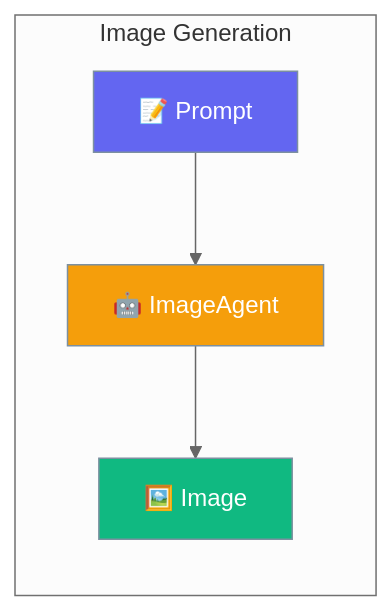
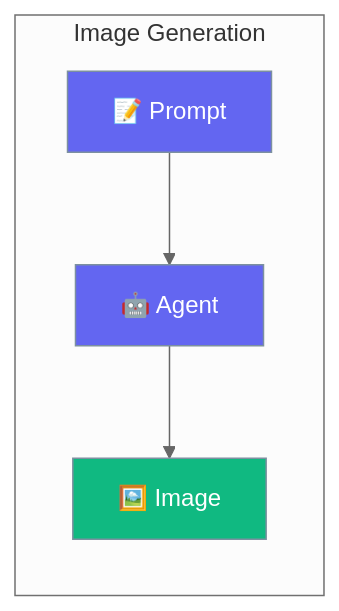
Before and after one commit to MervinPraison/PraisonAIDocs: the diagram in docs/rust/image.mdx, drawn with Mermaid (neutral theme). The commit also changed other lines of this file and 87 other files, not shown here.

````diff
--- a/docs/rust/image.mdx
+++ b/docs/rust/image.mdx
@@ -10,15 +10,14 @@
 ```mermaid
 graph LR
     subgraph "Image Generation"
-        P[📝 Prompt] --> A[🤖 ImageAgent]
+        P[📝 Prompt] --> A[🤖 Agent]
         A --> I[🖼️ Image]
     end
     
     classDef input fill:#6366F1,stroke:#7C90A0,color:#fff
-    classDef agent fill:#F59E0B,stroke:#7C90A0,color:#fff
     classDef output fill:#10B981,stroke:#7C90A0,color:#fff
     
     class P input
-    class A agent
+    class A input
     class I output
 ```
````
